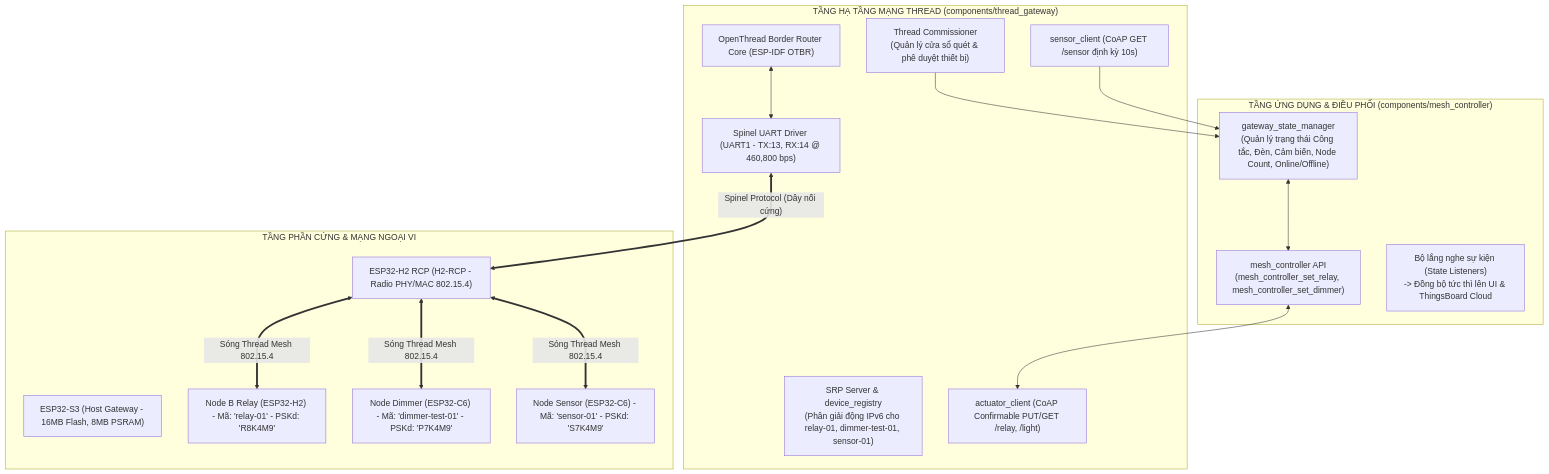
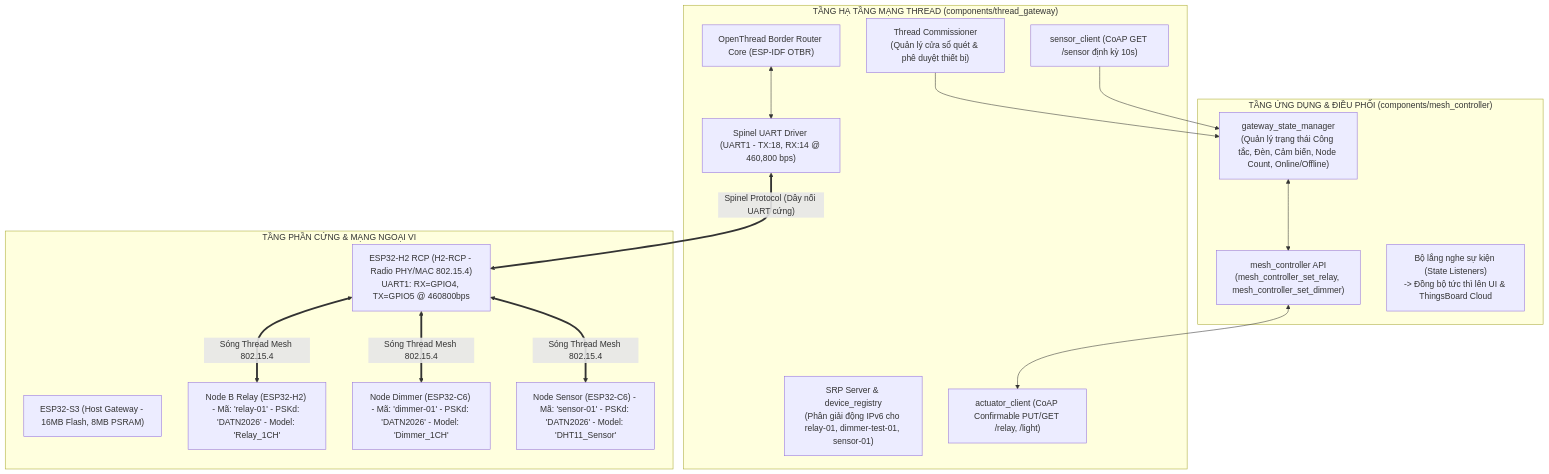
The diagram in Gateway_DATN/components/thread_gateway/THREAD_MESH_ARCHITECTURE_PLAN.md (vinkmt04/DATN_PTIT), drawn with Mermaid before and after one commit. The commit also changed other lines of this file and 28 other files, not shown here.

Commit message:
feat: thêm được 3 node thành công tuy nhiên còn lỗi dimmer tiềm ẩn

````diff
--- a/Gateway_DATN/components/thread_gateway/THREAD_MESH_ARCHITECTURE_PLAN.md
+++ b/Gateway_DATN/components/thread_gateway/THREAD_MESH_ARCHITECTURE_PLAN.md
@@ -11,34 +11,34 @@
 ```mermaid
 graph TD
     subgraph AppLayer ["TẦNG ỨNG DỤNG & ĐIỀU PHỐI (components/mesh_controller)"]
         GSM["gateway_state_manager\n(Quản lý trạng thái Công tắc, Đèn, Cảm biến, Node Count, Online/Offline)"]
         MC_API["mesh_controller API\n(mesh_controller_set_relay, mesh_controller_set_dimmer)"]
         NOTIF["Bộ lắng nghe sự kiện (State Listeners)\n-> Đồng bộ tức thì lên UI & ThingsBoard Cloud"]
     end
 
     subgraph NetworkLayer ["TẦNG HẠ TẦNG MẠNG THREAD (components/thread_gateway)"]
         OTBR_CORE["OpenThread Border Router Core (ESP-IDF OTBR)"]
-        UART_DRV["Spinel UART Driver (UART1 - TX:13, RX:14 @ 460,800 bps)"]
+        UART_DRV["Spinel UART Driver (UART1 - TX:18, RX:14 @ 460,800 bps)"]
         COMM_MGR["Thread Commissioner\n(Quản lý cửa sổ quét & phê duyệt thiết bị)"]
         SRP_SRV["SRP Server & device_registry\n(Phân giải động IPv6 cho relay-01, dimmer-test-01, sensor-01)"]
         COAP_ACT["actuator_client (CoAP Confirmable PUT/GET /relay, /light)"]
         COAP_SENS["sensor_client (CoAP GET /sensor định kỳ 10s)"]
     end
 
     subgraph HardwareLayer ["TẦNG PHẦN CỨNG & MẠNG NGOẠI VI"]
         S3_CHIP["ESP32-S3 (Host Gateway - 16MB Flash, 8MB PSRAM)"]
-        H2_CHIP["ESP32-H2 RCP (H2-RCP - Radio PHY/MAC 802.15.4)"]
-        NODE_RELAY["Node B Relay (ESP32-H2) - Mã: 'relay-01' - PSKd: 'R8K4M9'"]
-        NODE_DIMMER["Node Dimmer (ESP32-C6) - Mã: 'dimmer-test-01' - PSKd: 'P7K4M9'"]
-        NODE_SENSOR["Node Sensor (ESP32-C6) - Mã: 'sensor-01' - PSKd: 'S7K4M9'"]
+        H2_CHIP["ESP32-H2 RCP (H2-RCP - Radio PHY/MAC 802.15.4)\nUART1: RX=GPIO4, TX=GPIO5 @ 460800bps"]
+        NODE_RELAY["Node B Relay (ESP32-H2) - Mã: 'relay-01' - PSKd: 'DATN2026' - Model: 'Relay_1CH'"]
+        NODE_DIMMER["Node Dimmer (ESP32-C6) - Mã: 'dimmer-01' - PSKd: 'DATN2026' - Model: 'Dimmer_1CH'"]
+        NODE_SENSOR["Node Sensor (ESP32-C6) - Mã: 'sensor-01' - PSKd: 'DATN2026' - Model: 'DHT11_Sensor'"]
     end
 
     GSM <--> MC_API
     MC_API <--> COAP_ACT
     COAP_SENS --> GSM
     COMM_MGR --> GSM
     
     OTBR_CORE <--> UART_DRV
-    UART_DRV <== "Spinel Protocol (Dây nối cứng)" ==> H2_CHIP
+    UART_DRV <== "Spinel Protocol (Dây nối UART cứng)" ==> H2_CHIP
     H2_CHIP <== "Sóng Thread Mesh 802.15.4" ==> NODE_RELAY & NODE_DIMMER & NODE_SENSOR
 ```
````
